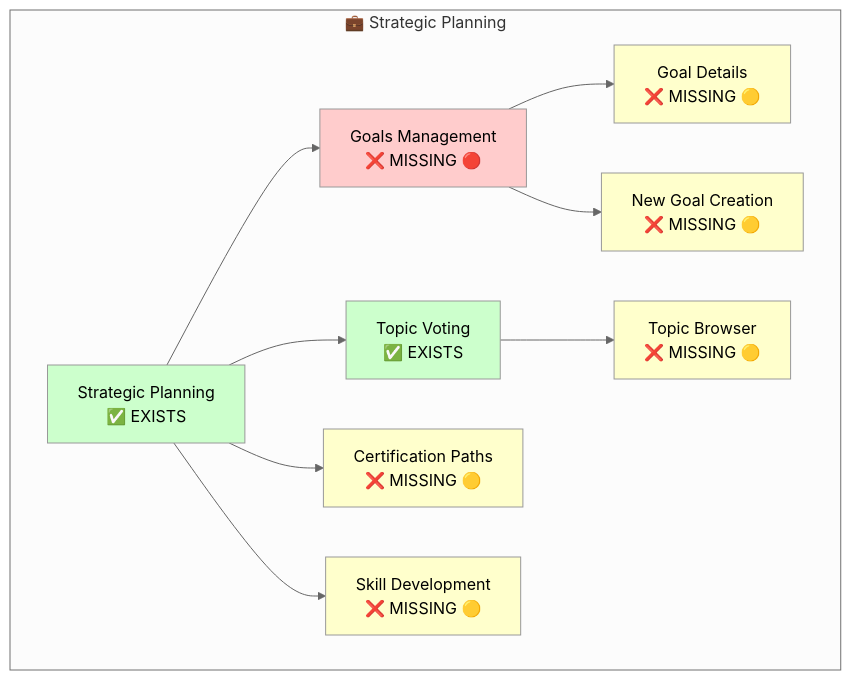
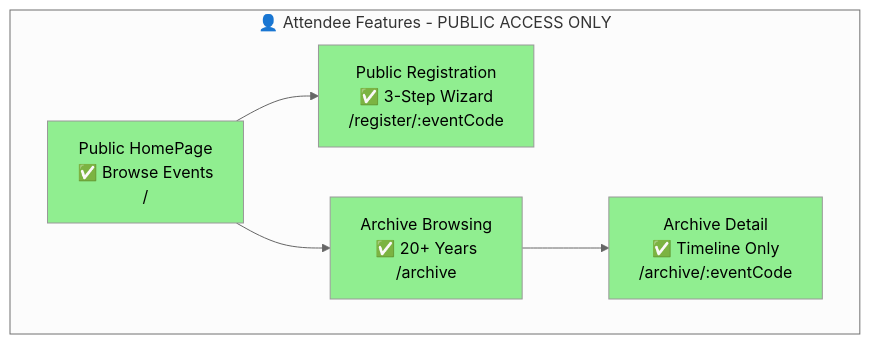
Diagram 14 of 28 in docs/wireframes/sitemap-mermaid.md (nissimbuchs/BATbern2), drawn with Mermaid (neutral theme) before and after one commit. The commit also changed other lines of this file and 1008 other files, not shown here.

````diff
--- a/docs/wireframes/sitemap-mermaid.md
+++ b/docs/wireframes/sitemap-mermaid.md
@@ -365,30 +447,18 @@
 ```mermaid
 graph TB
-    subgraph "💼 Strategic Planning"
-        StratPlan[Strategic Planning<br/>✅ EXISTS]
-        GoalsMgmt[Goals Management<br/>❌ MISSING 🔴]
-        GoalDetail[Goal Details<br/>❌ MISSING 🟡]
-        NewGoal[New Goal Creation<br/>❌ MISSING 🟡]
-        TopicVote[Topic Voting<br/>✅ EXISTS]
-        TopicBrowser[Topic Browser<br/>❌ MISSING 🟡]
-        CertPaths[Certification Paths<br/>❌ MISSING 🟡]
-        SkillDev[Skill Development<br/>❌ MISSING 🟡]
+    subgraph "👤 Attendee Features - PUBLIC ACCESS ONLY"
+        PublicHome[Public HomePage<br/>✅ Browse Events<br/>/]
+        PublicReg[Public Registration<br/>✅ 3-Step Wizard<br/>/register/:eventCode]
+        Archive[Archive Browsing<br/>✅ 20+ Years<br/>/archive]
+        ArchiveDetail[Archive Detail<br/>✅ Timeline Only<br/>/archive/:eventCode]
     end
 
-    StratPlan --> GoalsMgmt
-    GoalsMgmt --> GoalDetail
-    GoalsMgmt --> NewGoal
-    StratPlan --> TopicVote
-    TopicVote --> TopicBrowser
-    StratPlan --> CertPaths
-    StratPlan --> SkillDev
+    PublicHome --> PublicReg
+    PublicHome --> Archive
+    Archive --> ArchiveDetail
 
-    style StratPlan fill:#ccffcc
-    style TopicVote fill:#ccffcc
-    style GoalsMgmt fill:#ffcccc
-    style GoalDetail fill:#ffffcc
-    style NewGoal fill:#ffffcc
-    style TopicBrowser fill:#ffffcc
-    style CertPaths fill:#ffffcc
-    style SkillDev fill:#ffffcc
+    style PublicHome fill:#90EE90
+    style PublicReg fill:#90EE90
+    style Archive fill:#90EE90
+    style ArchiveDetail fill:#90EE90
 ```
````
